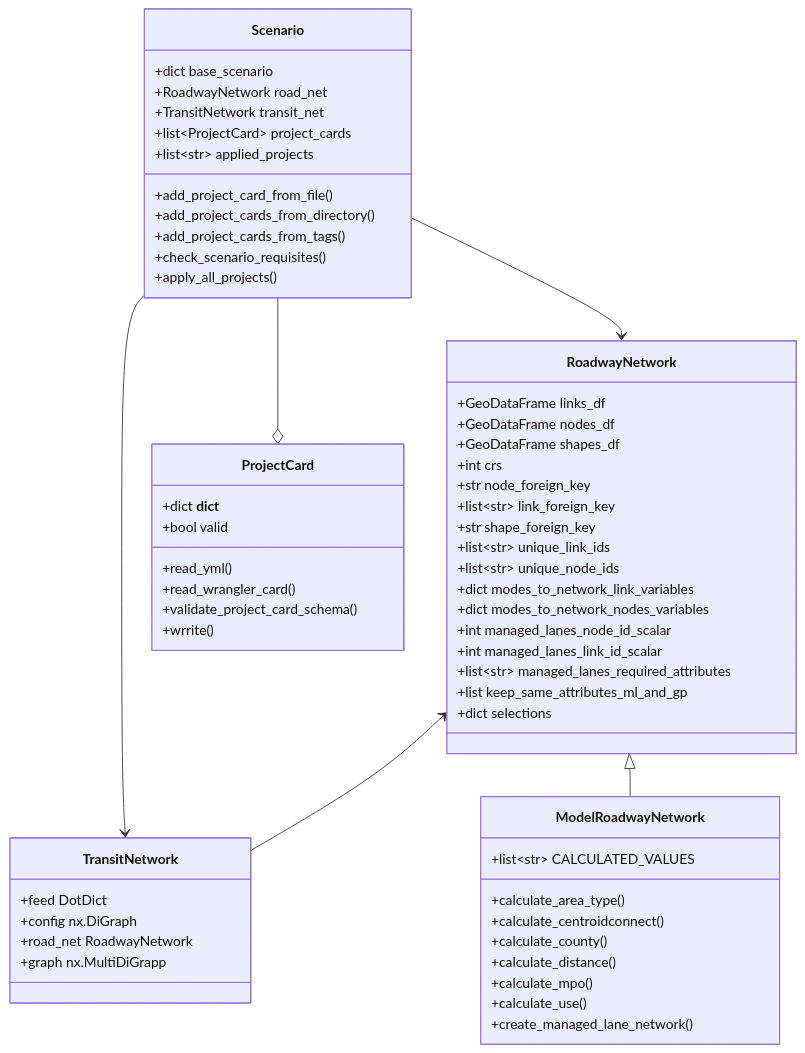
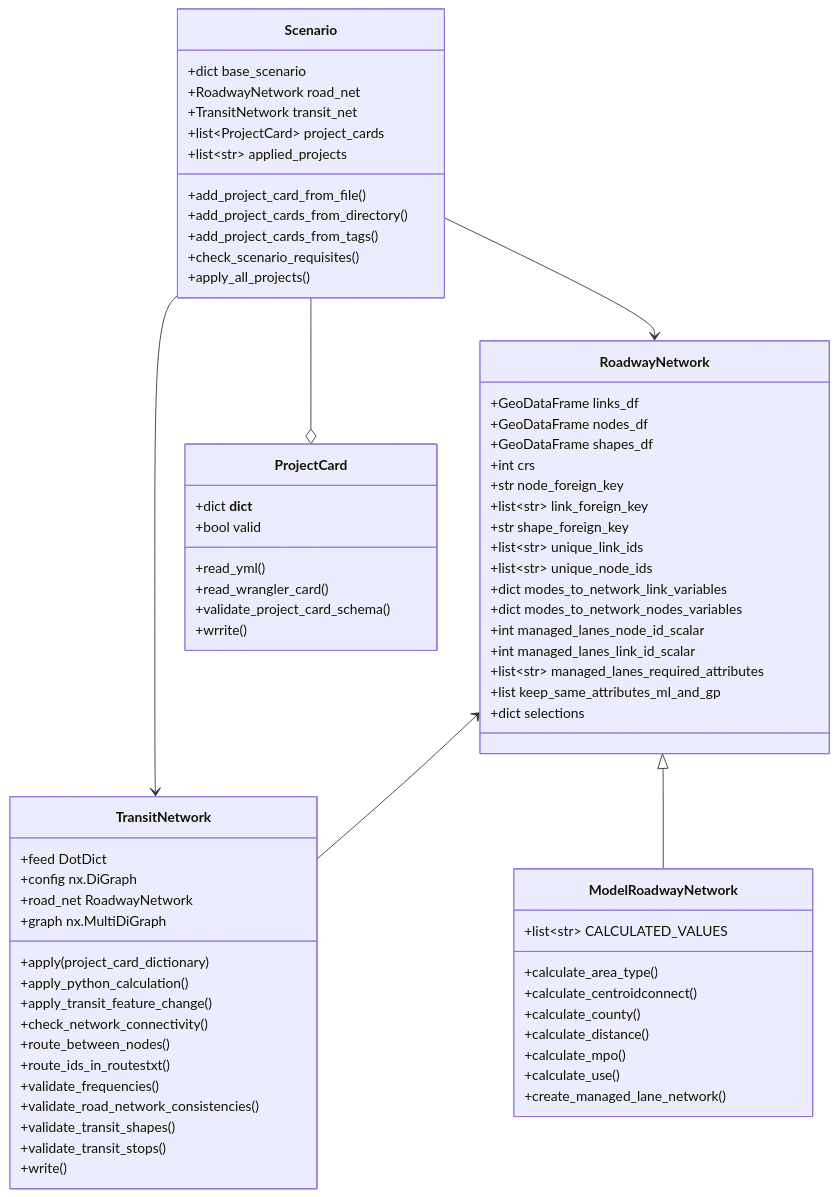
The first of 3 diagrams in architecture.md (BayAreaMetro/network_wrangler), drawn with Mermaid before and after one commit.

```diff
--- a/architecture.md
+++ b/architecture.md
@@ -60,7 +60,18 @@
     +feed DotDict
     +config nx.DiGraph
     +road_net RoadwayNetwork
-    +graph nx.MultiDiGrapp
+    +graph nx.MultiDiGraph
+    +apply(project_card_dictionary)
+    +apply_python_calculation()
+    +apply_transit_feature_change()
+    +check_network_connectivity()
+    +route_between_nodes()
+    +route_ids_in_routestxt()
+    +validate_frequencies()
+    +validate_road_network_consistencies()
+    +validate_transit_shapes()
+    +validate_transit_stops()
+    +write()
   }
   link TransitNetwork "https://bayareametro.github.io/network_wrangler/_generated/network_wrangler.TransitNetwork/" "network_wrangler.TransitNetwork"
 
```
